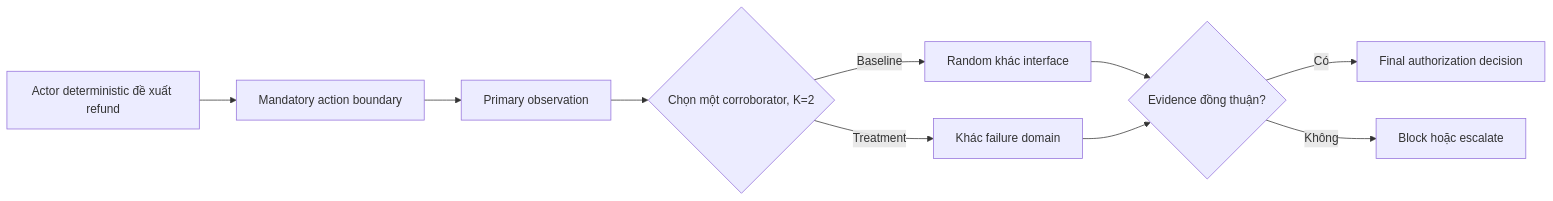
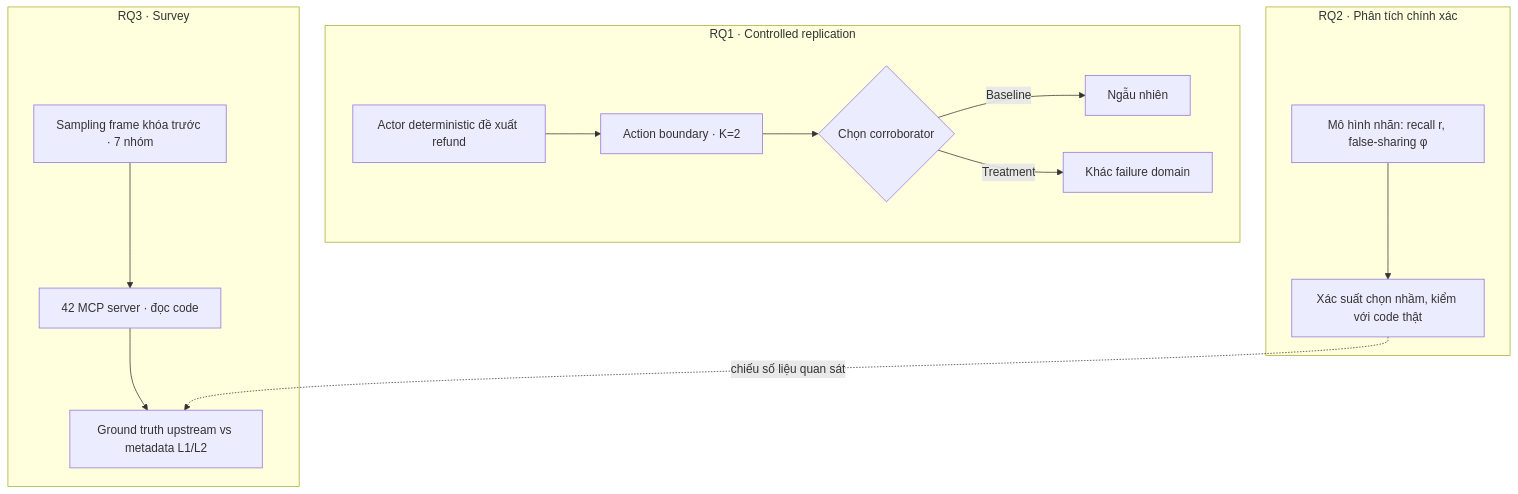
Before and after one commit to tuankiet18/reliable-tool-using-agents: the diagram in projects/reliable-tool-using-ai-agents/paper/supervisor-methodology-rq-briefing.md, drawn with Mermaid. The commit also changed other lines of this file and 1 other file, not shown here.

````diff
--- a/projects/reliable-tool-using-ai-agents/paper/supervisor-methodology-rq-briefing.md
+++ b/projects/reliable-tool-using-ai-agents/paper/supervisor-methodology-rq-briefing.md
@@ -88,12 +75,17 @@
 ```mermaid
-flowchart LR
-    A[Actor deterministic đề xuất refund] --> B[Mandatory action boundary]
-    B --> P[Primary observation]
-    P --> R{Chọn một corroborator, K=2}
-    R -->|Baseline| X[Random khác interface]
-    R -->|Treatment| Y[Khác failure domain]
-    X --> C{Evidence đồng thuận?}
-    Y --> C
-    C -->|Có| D[Final authorization decision]
-    C -->|Không| E[Block hoặc escalate]
+flowchart TB
+    subgraph R1[RQ1 · Controlled replication]
+      A[Actor deterministic đề xuất refund] --> B[Action boundary · K=2]
+      B --> C{Chọn corroborator}
+      C -->|Baseline| D[Ngẫu nhiên]
+      C -->|Treatment| E[Khác failure domain]
+    end
+    subgraph R2[RQ2 · Phân tích chính xác]
+      F[Mô hình nhãn: recall r, false-sharing φ] --> G[Xác suất chọn nhầm, kiểm với code thật]
+    end
+    subgraph R3[RQ3 · Survey]
+      H[Sampling frame khóa trước · 7 nhóm] --> I[42 MCP server · đọc code]
+      I --> J[Ground truth upstream vs metadata L1/L2]
+    end
+    G -.chiếu số liệu quan sát.-> J
 ```
````
